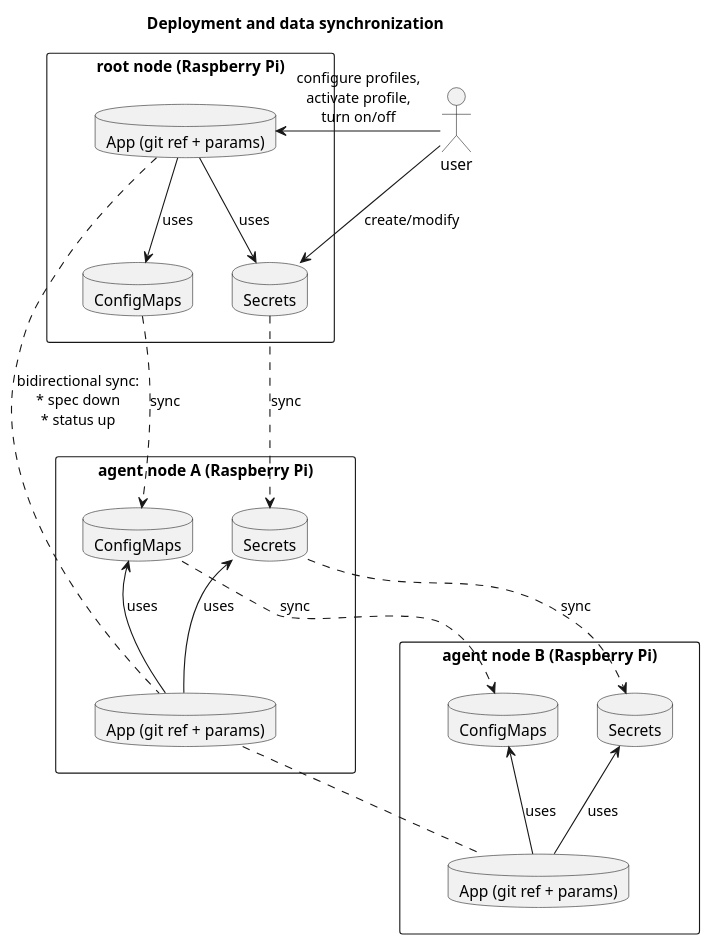
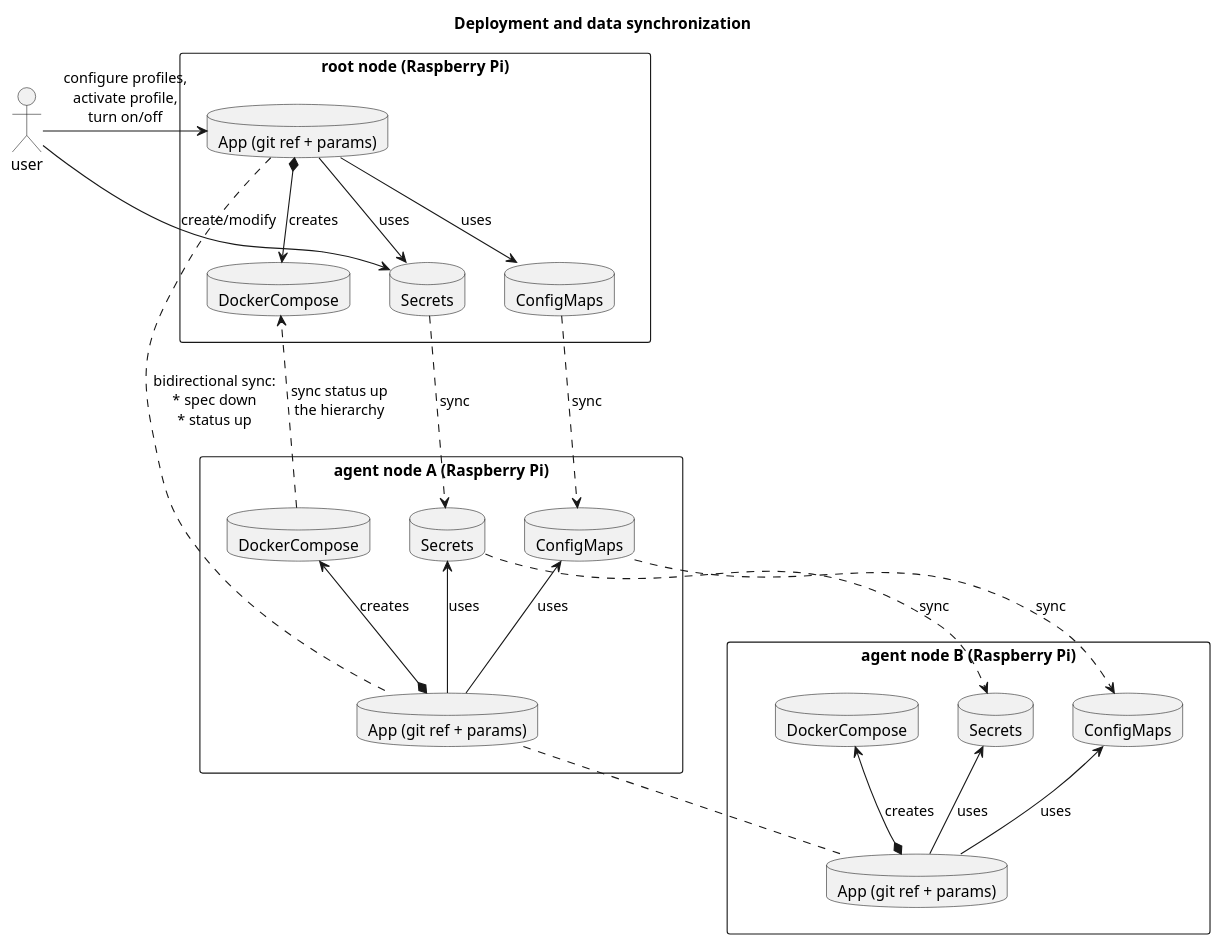
The diagram in spec/deployment-diagram.puml (mgoltzsche/podpourpi), drawn with PlantUML before and after one commit. The commit also changed 3 other files, not shown here.

```diff
--- a/spec/deployment-diagram.puml
+++ b/spec/deployment-diagram.puml
@@ -1,51 +1,59 @@
 @startuml
 
 title Deployment and data synchronization
 
 'TODO: Separate app's git ref from params permission-wise in order to prevent an attacker from letting the raspi run an arbitrary container.
 '      Maybe introduce Repository kind to constrain the git repositories that users can use.
 
 actor user
 
 rectangle "root node (Raspberry Pi)" as root {
   database "App (git ref + params)" as rootApp
   database ConfigMaps as rootConfig
   database Secrets as rootSecret
+  database DockerCompose as rootDc
 
+  rootApp *--> rootDc : creates
   rootApp --> rootConfig : uses
   rootApp --> rootSecret : uses
 }
 
 rectangle "agent node A (Raspberry Pi)" as agentA {
   database "App (git ref + params)" as agentAApp
   database ConfigMaps as agentAConfig
   database Secrets as agentASecret
+  database DockerCompose as agentADc
 
+  agentADc <--* agentAApp : creates
   agentAConfig <-- agentAApp : uses
   agentASecret <-- agentAApp : uses
 }
 
 rectangle "agent node B (Raspberry Pi)" as agentB {
   database "App (git ref + params)" as agentBApp
   database ConfigMaps as agentBConfig
   database Secrets as agentBSecret
+  database DockerCompose as agentBDc
 
+  agentBDc <--* agentBApp : creates
   agentBConfig <-- agentBApp : uses
   agentBSecret <-- agentBApp : uses
 }
 
 root <-[hidden]- agentA
 agentA <-[hidden]- agentB
 
 user -> rootApp : configure profiles,\nactivate profile,\nturn on/off
 user -> rootSecret : create/modify
 
+agentADc ..> rootDc : sync status up\nthe hierarchy
+
 rootConfig ..> agentAConfig : sync
 rootSecret ..> agentASecret : sync
 rootApp .. agentAApp : bidirectional sync:\n* spec down\n* status up
 
 agentAConfig ..> agentBConfig : sync
 agentASecret ..> agentBSecret : sync
 agentAApp .. agentBApp
 
 @enduml
```
